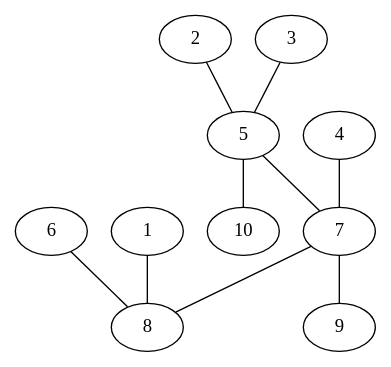
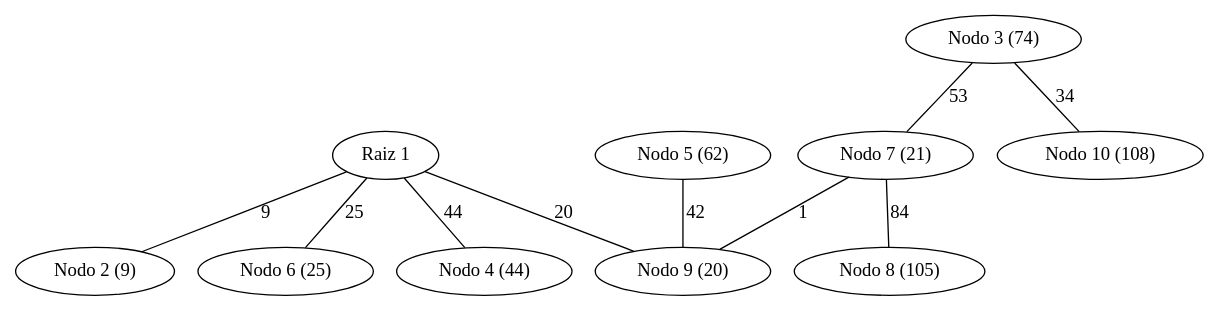
Before and after one commit to ElvisTech007/proyectos_DAA: the diagram in proyecto_1/archivos_graphviz/arbol_Dijkstra_geografico_10_nodos.dot, drawn with Graphviz. The commit also changed 23 other files, not shown here.

```diff
--- a/proyecto_1/archivos_graphviz/arbol_Dijkstra_geografico_10_nodos.dot
+++ b/proyecto_1/archivos_graphviz/arbol_Dijkstra_geografico_10_nodos.dot
@@ -1,21 +1,21 @@
 graph arbol_dijkstra_G_1 {
-    1;
-    8;
-    7;
-    4;
-    5;
-    2;
-    10;
-    9;
-    3;
-    6;
-    2 -- 5;
-    3 -- 5;
-    4 -- 7;
-    5 -- 7;
-    6 -- 8;
-    7 -- 8;
-    1 -- 8;
-    7 -- 9;
-    5 -- 10;
+    "1" [label="Raiz 1"];
+    "2" [label="Nodo 2 (9)"];
+    "9" [label="Nodo 9 (20)"];
+    "7" [label="Nodo 7 (21)"];
+    "6" [label="Nodo 6 (25)"];
+    "4" [label="Nodo 4 (44)"];
+    "5" [label="Nodo 5 (62)"];
+    "3" [label="Nodo 3 (74)"];
+    "8" [label="Nodo 8 (105)"];
+    "10" [label="Nodo 10 (108)"];
+    1 -- 2 [label="9"];
+    3 -- 7 [label="53"];
+    1 -- 4 [label="44"];
+    5 -- 9 [label="42"];
+    1 -- 6 [label="25"];
+    7 -- 9 [label="1"];
+    7 -- 8 [label="84"];
+    1 -- 9 [label="20"];
+    3 -- 10 [label="34"];
 }
```
